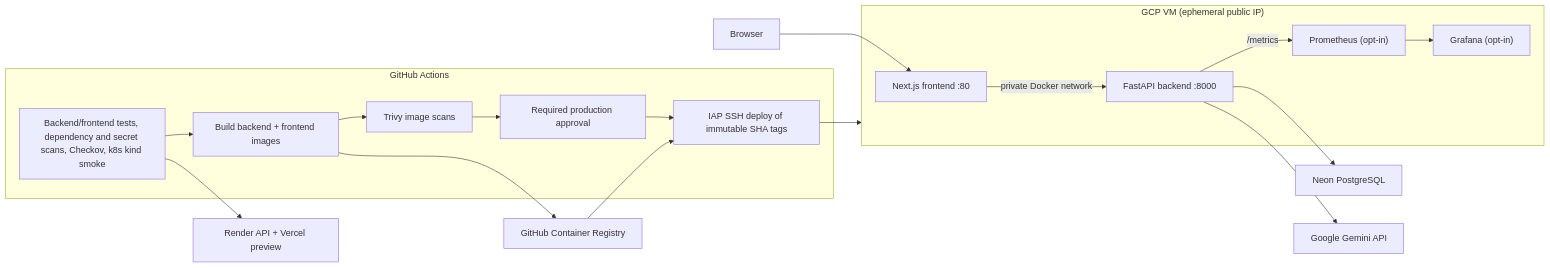
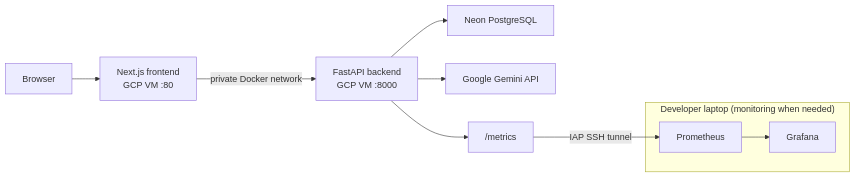
Before and after one commit to Ssaiyajin/careerops: the second of 3 diagrams in docs/architecture.md, drawn with Mermaid. The commit also changed other lines of this file and 7 other files, not shown here.

Commit message:
docs: finalize CareerOps architecture and operations

````diff
--- a/docs/architecture.md
+++ b/docs/architecture.md
@@ -7,34 +42,15 @@
 ```mermaid
 flowchart LR
-    Browser["Browser"]
-    subgraph Production["GCP VM (ephemeral public IP)"]
-        Frontend["Next.js frontend :80"]
-        Backend["FastAPI backend :8000"]
-        Prometheus["Prometheus (opt-in)"]
-        Grafana["Grafana (opt-in)"]
-        Frontend -->|"private Docker network"| Backend
-        Backend -->|"/metrics"| Prometheus
+    Browser["Browser"] --> Frontend["Next.js frontend<br/>GCP VM :80"]
+    Frontend -->|"private Docker network"| Backend["FastAPI backend<br/>GCP VM :8000"]
+    Backend --> Neon["Neon PostgreSQL"]
+    Backend --> Gemini["Google Gemini API"]
+    Backend --> Metrics["/metrics"]
+
+    subgraph Laptop["Developer laptop (monitoring when needed)"]
+        Prometheus["Prometheus"]
+        Grafana["Grafana"]
         Prometheus --> Grafana
     end
-    Neon["Neon PostgreSQL"]
-    Gemini["Google Gemini API"]
-    Browser --> Frontend
-    Backend --> Neon
-    Backend --> Gemini
-
-    subgraph CI["GitHub Actions"]
-        Checks["Backend/frontend tests, dependency and secret scans, Checkov, k8s kind smoke"]
-        Build["Build backend + frontend images"]
-        Trivy["Trivy image scans"]
-        Approval["Required production approval"]
-        Deploy["IAP SSH deploy of immutable SHA tags"]
-        Checks --> Build --> Trivy --> Approval --> Deploy
-    end
-    GHCR["GitHub Container Registry"]
-    Build --> GHCR
-    GHCR --> Deploy
-    Deploy --> Production
-
-    Dev["Render API + Vercel preview"]
-    Checks --> Dev
+    Metrics -->|"IAP SSH tunnel"| Prometheus
 ```
````
